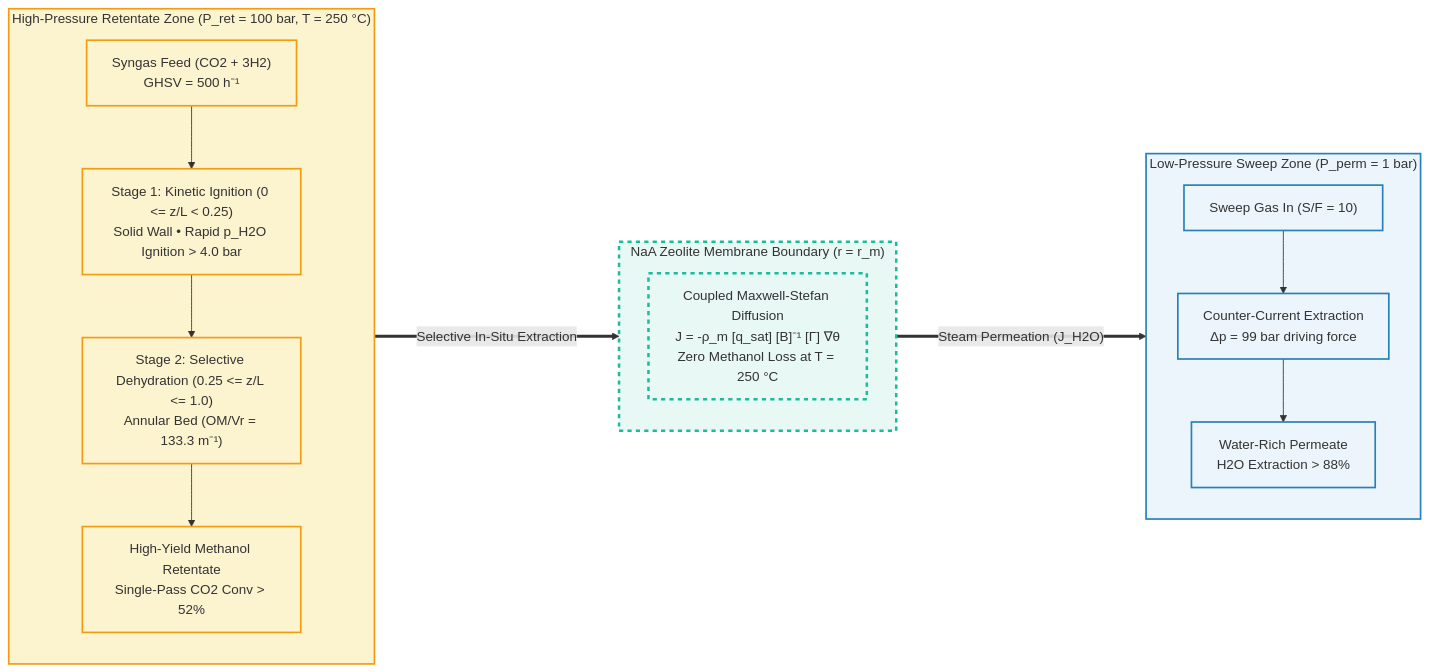
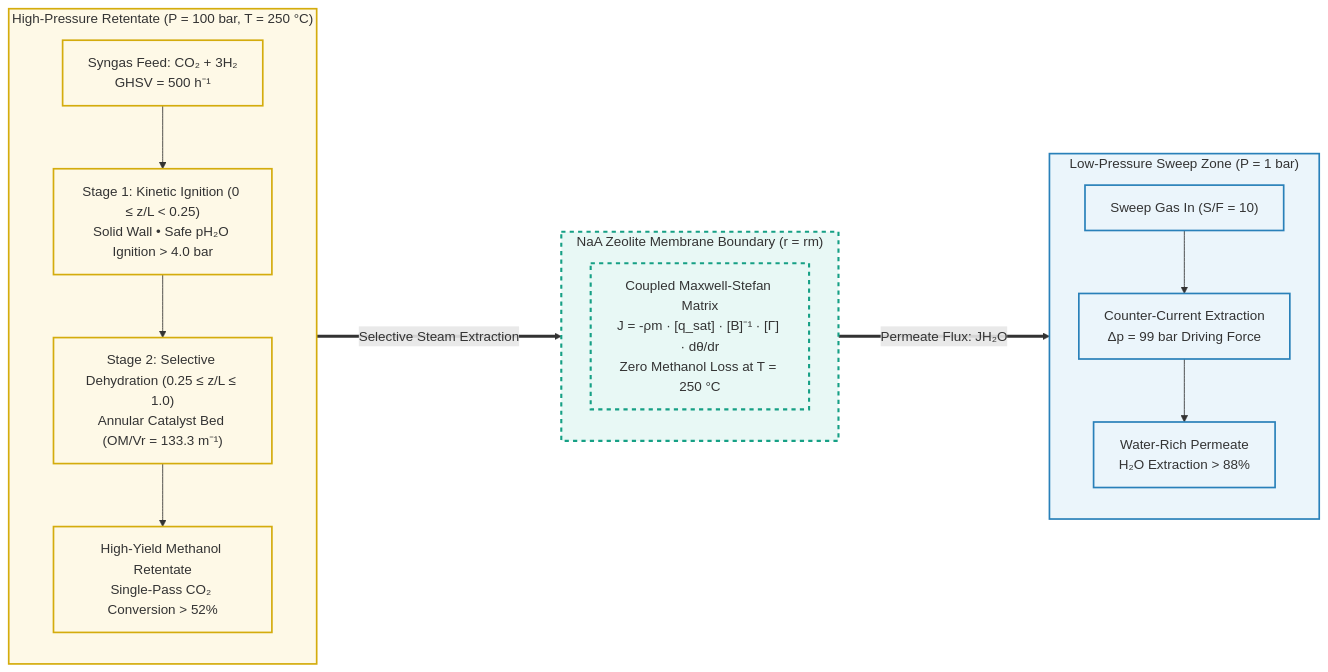
One commit to shekharsameer2308/exi1 changed the first of 2 diagrams in README.md. Above: the diagram before and after it, drawn with Mermaid. The commit also changed other lines of this file, not shown here.

Commit message:
Enhance Mermaid diagrams with clean Unicode math symbols and improved visual contrast

````diff
--- a/README.md
+++ b/README.md
@@ -23,31 +23,31 @@
 ```mermaid
 flowchart LR
-    subgraph Retentate["High-Pressure Retentate Zone (P_ret = 100 bar, T = 250 °C)"]
+    subgraph Retentate["High-Pressure Retentate (P = 100 bar, T = 250 °C)"]
         direction TB
-        F1["Syngas Feed (CO2 + 3H2)<br>GHSV = 500 h⁻¹"] --> Z1["Stage 1: Kinetic Ignition (0 <= z/L < 0.25)<br>Solid Wall • Rapid p_H2O Ignition > 4.0 bar"]
-        Z1 --> Z2["Stage 2: Selective Dehydration (0.25 <= z/L <= 1.0)<br>Annular Bed (OM/Vr = 133.3 m⁻¹)"]
-        Z2 --> RetOut["High-Yield Methanol Retentate<br>Single-Pass CO2 Conv > 52%"]
+        F1["Syngas Feed: CO₂ + 3H₂<br>GHSV = 500 h⁻¹"] --> Z1["Stage 1: Kinetic Ignition (0 ≤ z/L < 0.25)<br>Solid Wall • Safe pH₂O Ignition > 4.0 bar"]
+        Z1 --> Z2["Stage 2: Selective Dehydration (0.25 ≤ z/L ≤ 1.0)<br>Annular Catalyst Bed (OM/Vr = 133.3 m⁻¹)"]
+        Z2 --> RetOut["High-Yield Methanol Retentate<br>Single-Pass CO₂ Conversion > 52%"]
     end
 
-    subgraph Membrane["NaA Zeolite Membrane Boundary (r = r_m)"]
+    subgraph Membrane["NaA Zeolite Membrane Boundary (r = rm)"]
         direction TB
-        M1["Coupled Maxwell-Stefan Diffusion<br>J = -ρ_m [q_sat] [B]⁻¹ [Γ] ∇θ<br>Zero Methanol Loss at T = 250 °C"]
+        M1["Coupled Maxwell-Stefan Matrix<br>J = -ρm · [q_sat] · [B]⁻¹ · [Γ] · dθ/dr<br>Zero Methanol Loss at T = 250 °C"]
     end
 
-    subgraph Permeate["Low-Pressure Sweep Zone (P_perm = 1 bar)"]
+    subgraph Permeate["Low-Pressure Sweep Zone (P = 1 bar)"]
         direction TB
-        S1["Sweep Gas In (S/F = 10)"] --> Sweep["Counter-Current Extraction<br>Δp = 99 bar driving force"]
-        Sweep --> S2["Water-Rich Permeate<br>H2O Extraction > 88%"]
+        S1["Sweep Gas In (S/F = 10)"] --> Sweep["Counter-Current Extraction<br>Δp = 99 bar Driving Force"]
+        Sweep --> S2["Water-Rich Permeate<br>H₂O Extraction > 88%"]
     end
 
-    Z2 ===>|"Selective In-Situ Extraction"| Membrane
-    Membrane ===>|"Steam Permeation (J_H2O)"| Sweep
-    
-    classDef highPressure fill:#fcf3cf,stroke:#f39c12,stroke-width:2px;
+    Z2 ===>|"Selective Steam Extraction"| Membrane
+    Membrane ===>|"Permeate Flux: JH₂O"| Sweep
+
+    classDef highPressure fill:#fef9e7,stroke:#d4ac0d,stroke-width:2px;
     classDef lowPressure fill:#ebf5fb,stroke:#2980b9,stroke-width:2px;
-    classDef memb fill:#e8f8f5,stroke:#1abc9c,stroke-width:3px,stroke-dasharray: 5 5;
-    
+    classDef memb fill:#e8f8f5,stroke:#16a085,stroke-width:2.5px,stroke-dasharray: 5 5;
+
     class Retentate,F1,Z1,Z2,RetOut highPressure;
     class Permeate,S1,Sweep,S2 lowPressure;
     class Membrane,M1 memb;
 ```
````
